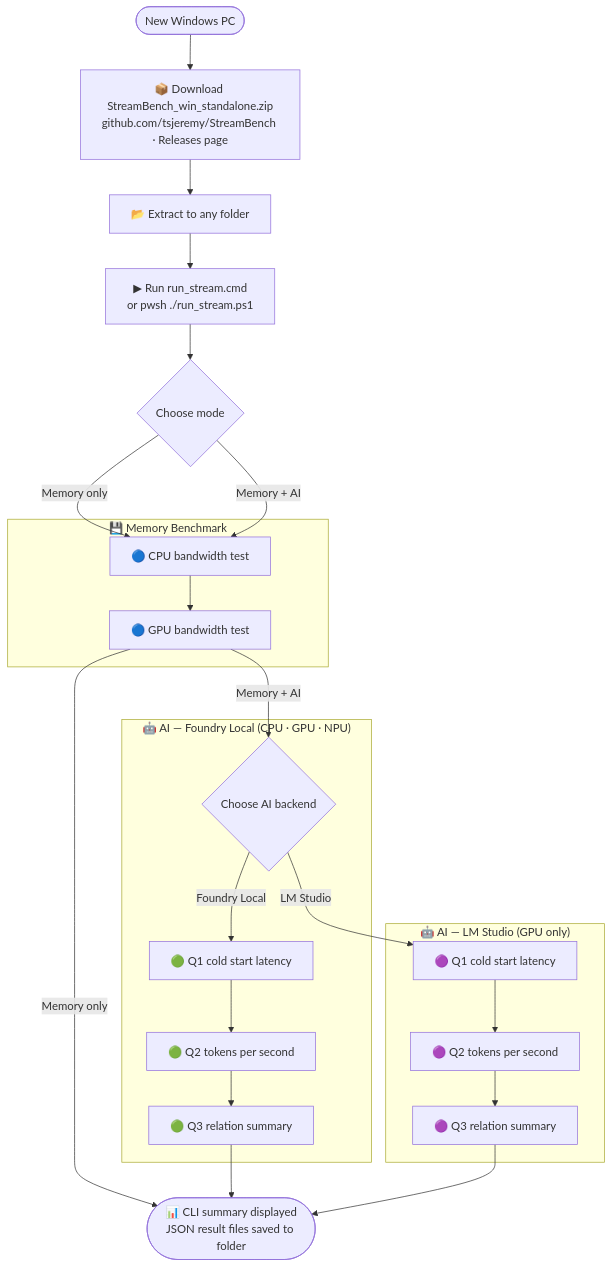
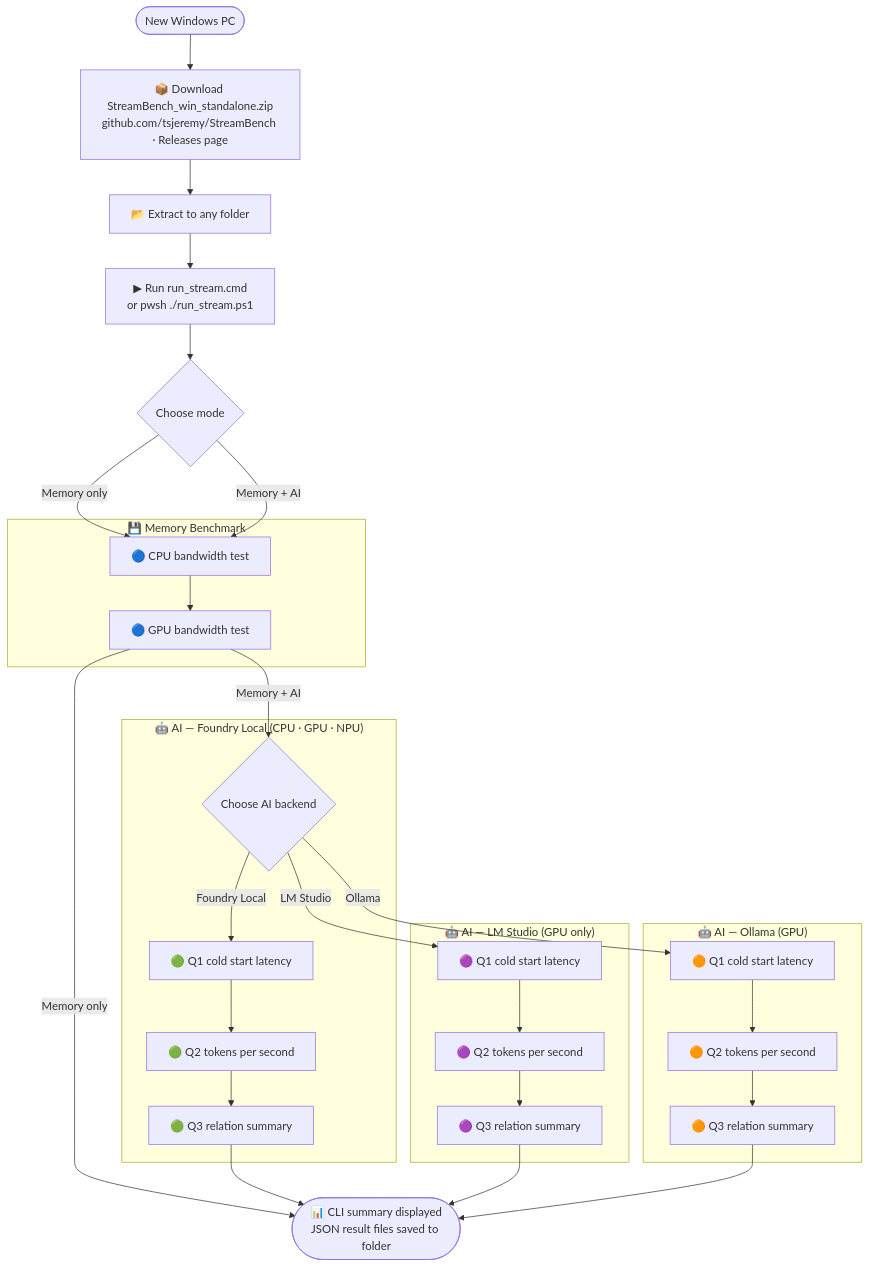
The first of 2 diagrams in README.md (tsjeremy/StreamBench), drawn with Mermaid before and after one commit. The commit also changed other lines of this file and 8 other files, not shown here.

````diff
--- a/README.md
+++ b/README.md
@@ -110,32 +110,39 @@
 ```mermaid
 flowchart TD
     A([New Windows PC]) --> B
     B["📦 Download StreamBench_win_standalone.zip<br/>github.com/tsjeremy/StreamBench · Releases page"] --> C
     C["📂 Extract to any folder"] --> D
     D["▶ Run run_stream.cmd<br/>or pwsh ./run_stream.ps1"] --> E{"Choose mode"}
 
     subgraph mem ["💾 Memory Benchmark"]
         F["🔵 CPU bandwidth test"] --> G["🔵 GPU bandwidth test"]
     end
 
     E -->|"Memory only"| F
     E -->|"Memory + AI"| F
 
     G -->|"Memory only"| K
     G -->|"Memory + AI"| BE{"Choose AI backend"}
 
     subgraph ai_foundry ["🤖 AI  —  Foundry Local  (CPU · GPU · NPU)"]
         BE -->|"Foundry Local"| FH["🟢 Q1  cold start latency"]
         FH --> FI["🟢 Q2  tokens per second"]
         FI --> FJ["🟢 Q3  relation summary"]
     end
 
     subgraph ai_lms ["🤖 AI  —  LM Studio  (GPU only)"]
         BE -->|"LM Studio"| LH["🟣 Q1  cold start latency"]
         LH --> LI["🟣 Q2  tokens per second"]
         LI --> LJ["🟣 Q3  relation summary"]
     end
 
+    subgraph ai_ollama ["🤖 AI  —  Ollama  (GPU)"]
+        BE -->|"Ollama"| OH["🟠 Q1  cold start latency"]
+        OH --> OI["🟠 Q2  tokens per second"]
+        OI --> OJ["🟠 Q3  relation summary"]
+    end
+
     FJ --> K(["📊 CLI summary displayed<br/>JSON result files saved to folder"])
     LJ --> K
+    OJ --> K
 ```
````
